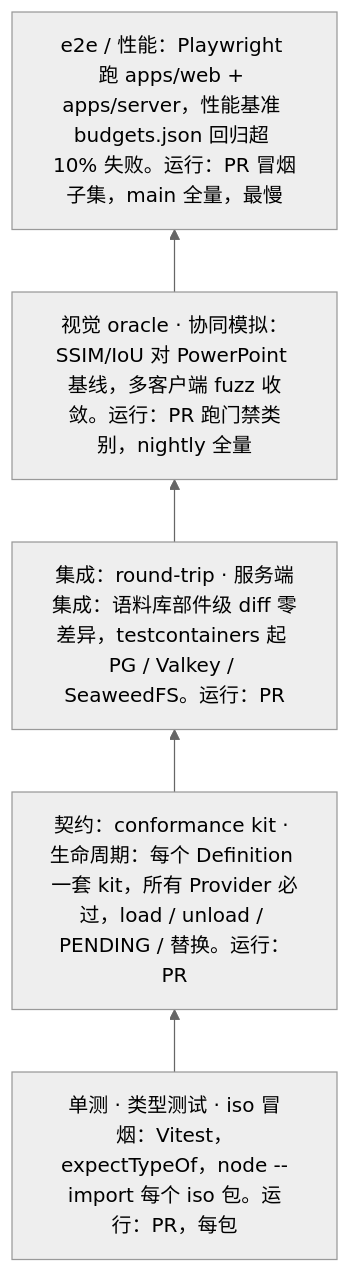
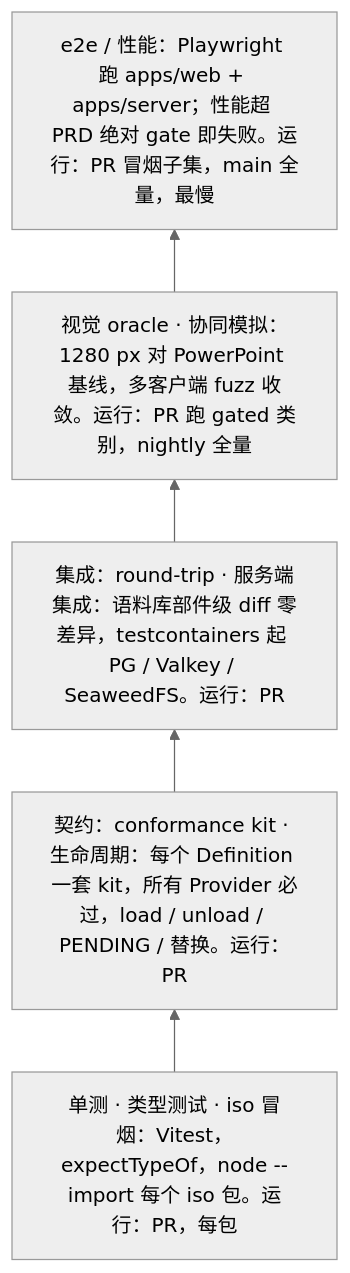
Before and after one commit to Xeonice/cordis-ppt-editor: the diagram in docs/30-architecture/11-testing-strategy.md, drawn with Mermaid (neutral theme). The commit also changed other lines of this file and 79 other files, not shown here.

````diff
--- a/docs/30-architecture/11-testing-strategy.md
+++ b/docs/30-architecture/11-testing-strategy.md
@@ -16,9 +16,9 @@
 ```mermaid
 flowchart BT
   unit["单测 · 类型测试 · iso 冒烟：Vitest，expectTypeOf，node --import 每个 iso 包。运行：PR，每包"]
   contract["契约：conformance kit · 生命周期：每个 Definition 一套 kit，所有 Provider 必过，load / unload / PENDING / 替换。运行：PR"]
   integration["集成：round-trip · 服务端集成：语料库部件级 diff 零差异，testcontainers 起 PG / Valkey / SeaweedFS。运行：PR"]
-  oracle["视觉 oracle · 协同模拟：SSIM/IoU 对 PowerPoint 基线，多客户端 fuzz 收敛。运行：PR 跑门禁类别，nightly 全量"]
-  e2e["e2e / 性能：Playwright 跑 apps/web + apps/server，性能基准 budgets.json 回归超 10% 失败。运行：PR 冒烟子集，main 全量，最慢"]
+  oracle["视觉 oracle · 协同模拟：1280 px 对 PowerPoint 基线，多客户端 fuzz 收敛。运行：PR 跑 gated 类别，nightly 全量"]
+  e2e["e2e / 性能：Playwright 跑 apps/web + apps/server；性能超 PRD 绝对 gate 即失败。运行：PR 冒烟子集，main 全量，最慢"]
   unit --> contract --> integration --> oracle --> e2e
 ```
````
